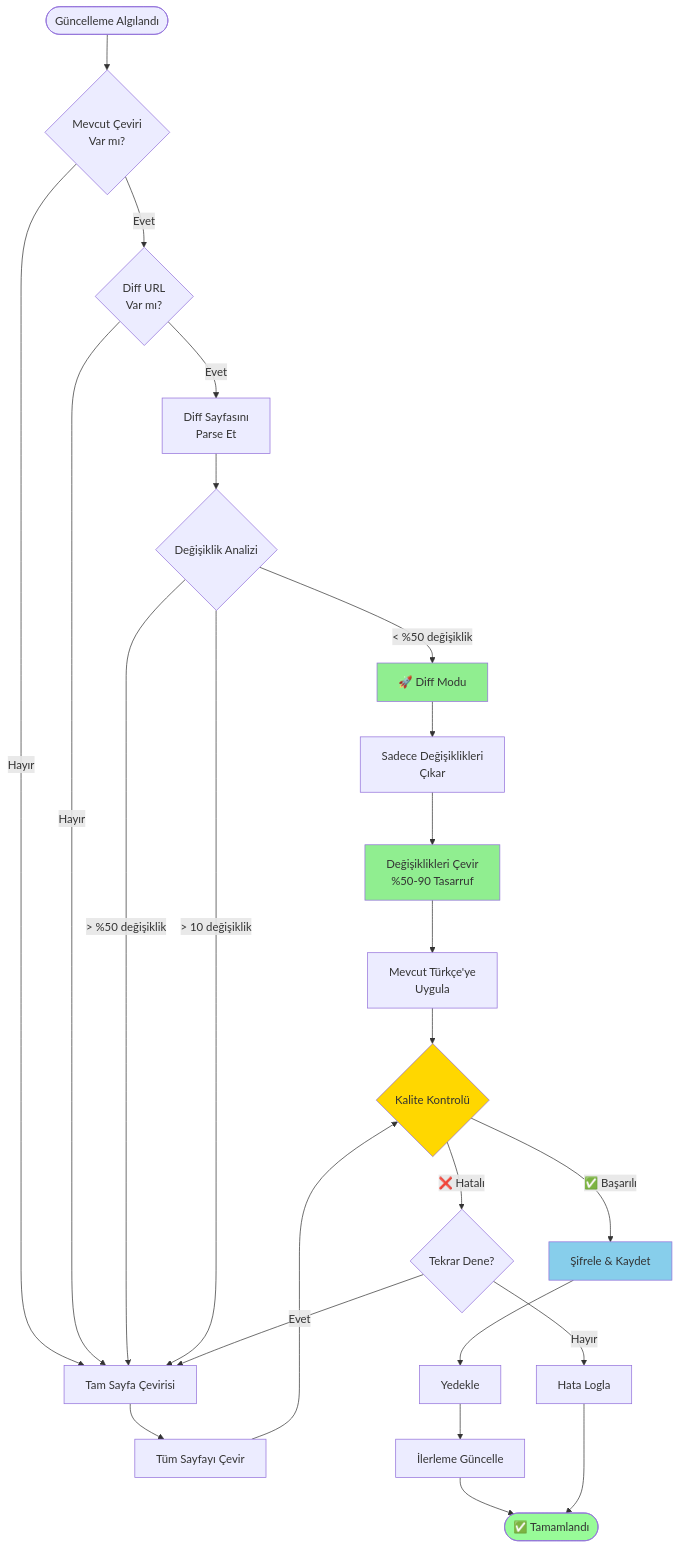
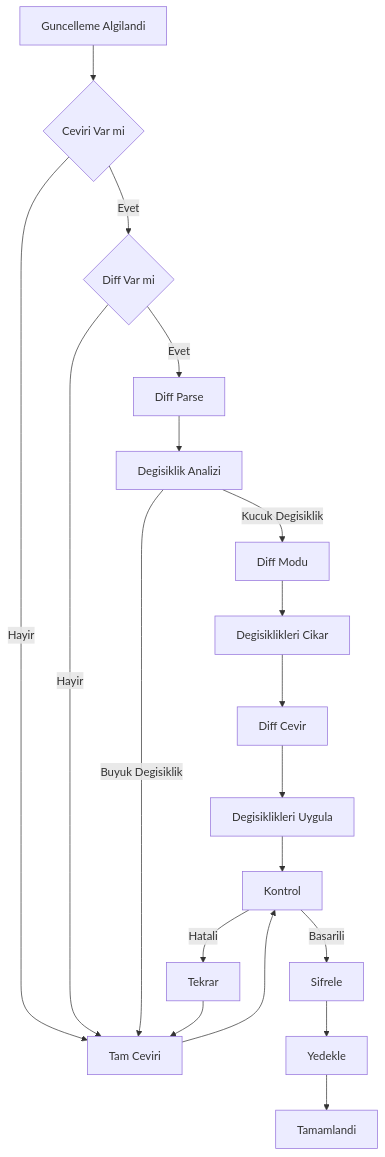
One commit to Paracci/facepunch-wiki-tr changed the second of 2 diagrams in README.tr.md. Above: the diagram before and after it, drawn with Mermaid. The commit also changed other lines of this file, not shown here.

````diff
--- a/README.tr.md
+++ b/README.tr.md
@@ -169,43 +165,29 @@
 ```mermaid
 flowchart TD
-    Start([Güncelleme Algılandı]) --> CheckExist{Mevcut Çeviri<br/>Var mı?}
-    
-    CheckExist -->|Evet| CheckDiff{Diff URL<br/>Var mı?}
-    CheckExist -->|Hayır| FullTranslation[Tam Sayfa Çevirisi]
-    
-    CheckDiff -->|Evet| ParseDiff[Diff Sayfasını<br/>Parse Et]
-    CheckDiff -->|Hayır| FullTranslation
-    
-    ParseDiff --> AnalyzeChanges{Değişiklik Analizi}
-    
-    AnalyzeChanges -->|< %50 değişiklik| DiffMode[🚀 Diff Modu]
-    AnalyzeChanges -->|> %50 değişiklik| FullTranslation
-    AnalyzeChanges -->|> 10 değişiklik| FullTranslation
-    
-    DiffMode --> ExtractChanges[Sadece Değişiklikleri<br/>Çıkar]
-    ExtractChanges --> TranslateDiff[Değişiklikleri Çevir<br/>%50-90 Tasarruf]
-    TranslateDiff --> ApplyChanges[Mevcut Türkçe'ye<br/>Uygula]
-    
-    FullTranslation --> TranslateFull[Tüm Sayfayı Çevir]
-    
-    ApplyChanges --> Validate{Kalite Kontrolü}
-    TranslateFull --> Validate
-    
-    Validate -->|✅ Başarılı| Encrypt[Şifrele & Kaydet]
-    Validate -->|❌ Hatalı| Retry{Tekrar Dene?}
-    
-    Retry -->|Evet| FullTranslation
-    Retry -->|Hayır| LogError[Hata Logla]
-    
+    Start[Guncelleme Algilandi] --> CheckExist{Ceviri Var mi}
+
+    CheckExist -->|Evet| CheckDiff{Diff Var mi}
+    CheckExist -->|Hayir| FullTranslation[Tam Ceviri]
+
+    CheckDiff -->|Evet| ParseDiff[Diff Parse]
+    CheckDiff -->|Hayir| FullTranslation
+
+    ParseDiff --> AnalyzeChanges[Degisiklik Analizi]
+
+    AnalyzeChanges -->|Kucuk Degisiklik| DiffMode[Diff Modu]
+    AnalyzeChanges -->|Buyuk Degisiklik| FullTranslation
+
+    DiffMode --> ExtractChanges[Degisiklikleri Cikar]
+    ExtractChanges --> TranslateDiff[Diff Cevir]
+    TranslateDiff --> ApplyChanges[Degisiklikleri Uygula]
+
+    ApplyChanges --> Validate[Kontrol]
+    FullTranslation --> Validate
+
+    Validate -->|Basarili| Encrypt[Sifrele]
+    Validate -->|Hatali| Retry[Tekrar]
+
+    Retry --> FullTranslation
     Encrypt --> Backup[Yedekle]
-    Backup --> UpdateProgress[İlerleme Güncelle]
-    UpdateProgress --> End([✅ Tamamlandı])
-    
-    LogError --> End
-    
-    style DiffMode fill:#90EE90
-    style TranslateDiff fill:#90EE90
-    style Validate fill:#FFD700
-    style Encrypt fill:#87CEEB
-    style End fill:#98FB98
+    Backup --> End[Tamamlandi]
 ```
````
